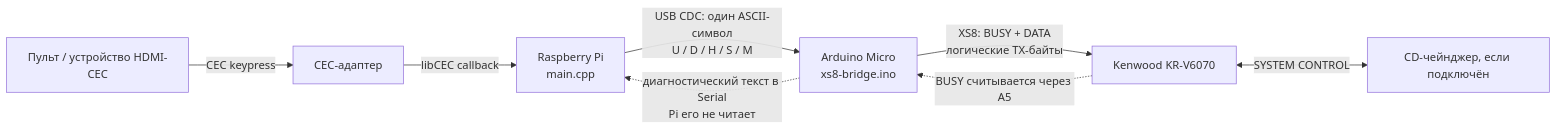
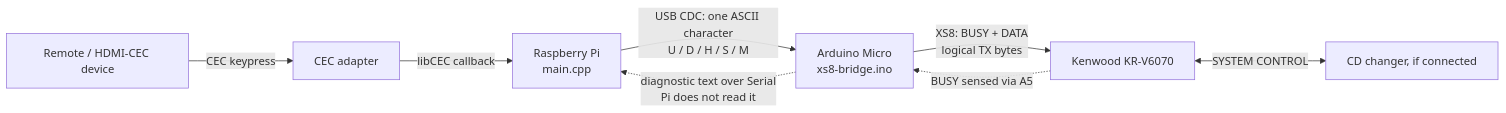
Before and after one commit to serg5z/kenwood-xs-remote: the diagram in docs/architecture.md, drawn with Mermaid. The commit also changed other lines of this file and 1 other file, not shown here.

Commit message:
docs: translate architecture and document hardware wiring

````diff
--- a/docs/architecture.md
+++ b/docs/architecture.md
@@ -5,10 +5,10 @@
 ```mermaid
 flowchart LR
-    R[Пульт / устройство HDMI-CEC] -->|CEC keypress| A[CEC-адаптер]
+    R[Remote / HDMI-CEC device] -->|CEC keypress| A[CEC adapter]
     A -->|libCEC callback| P[Raspberry Pi<br/>main.cpp]
-    P -->|USB CDC: один ASCII-символ<br/>U / D / H / S / M| M[Arduino Micro<br/>xs8-bridge.ino]
-    M -->|XS8: BUSY + DATA<br/>логические TX-байты| K[Kenwood KR-V6070]
-    K <-->|SYSTEM CONTROL| C[CD-чейнджер, если подключён]
-    K -.->|BUSY считывается через A5| M
-    M -.->|диагностический текст в Serial<br/>Pi его не читает| P
+    P -->|USB CDC: one ASCII character<br/>U / D / H / S / M| M[Arduino Micro<br/>xs8-bridge.ino]
+    M -->|XS8: BUSY + DATA<br/>logical TX bytes| K[Kenwood KR-V6070]
+    K <-->|SYSTEM CONTROL| C[CD changer, if connected]
+    K -.->|BUSY sensed via A5| M
+    M -.->|diagnostic text over Serial<br/>Pi does not read it| P
 ```
````
